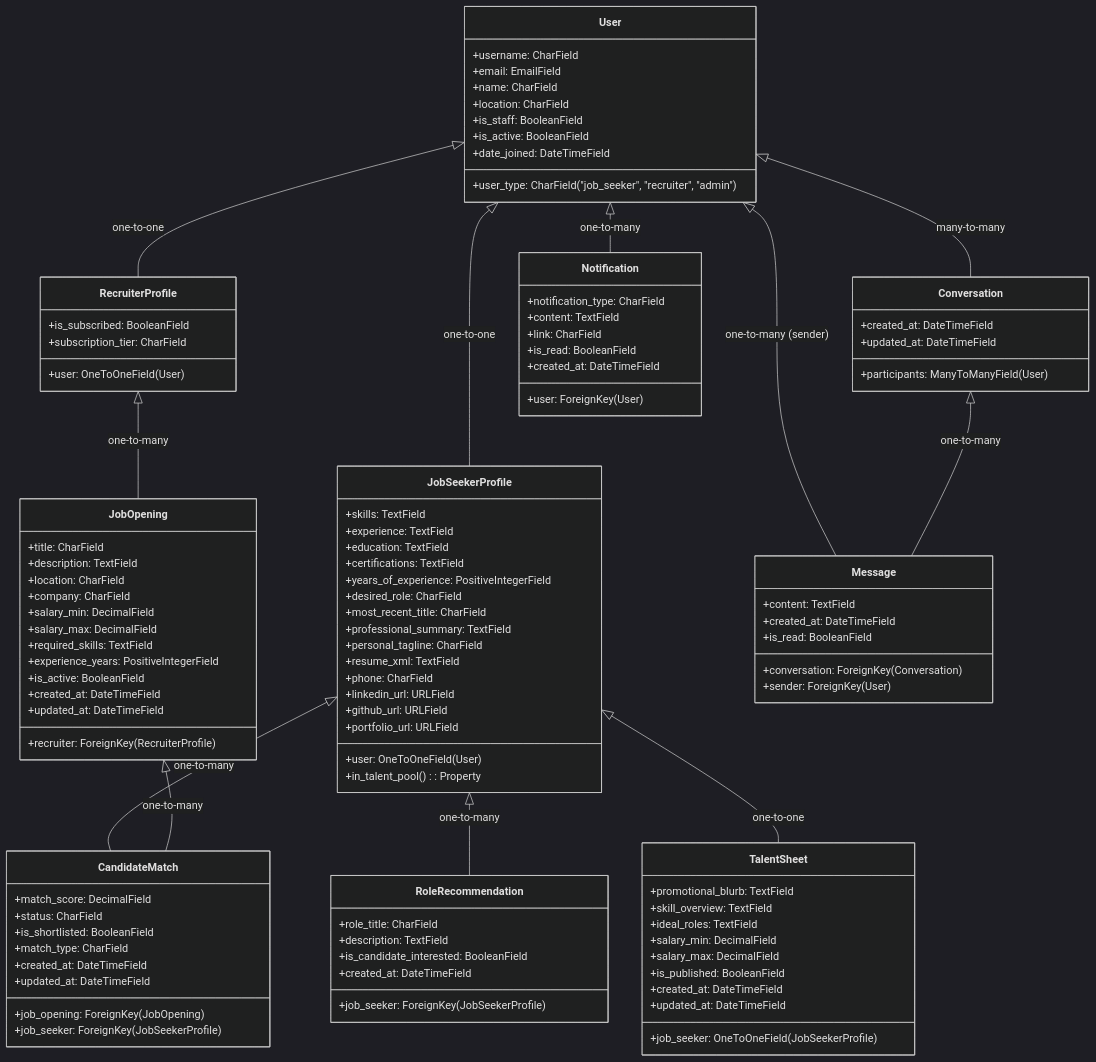
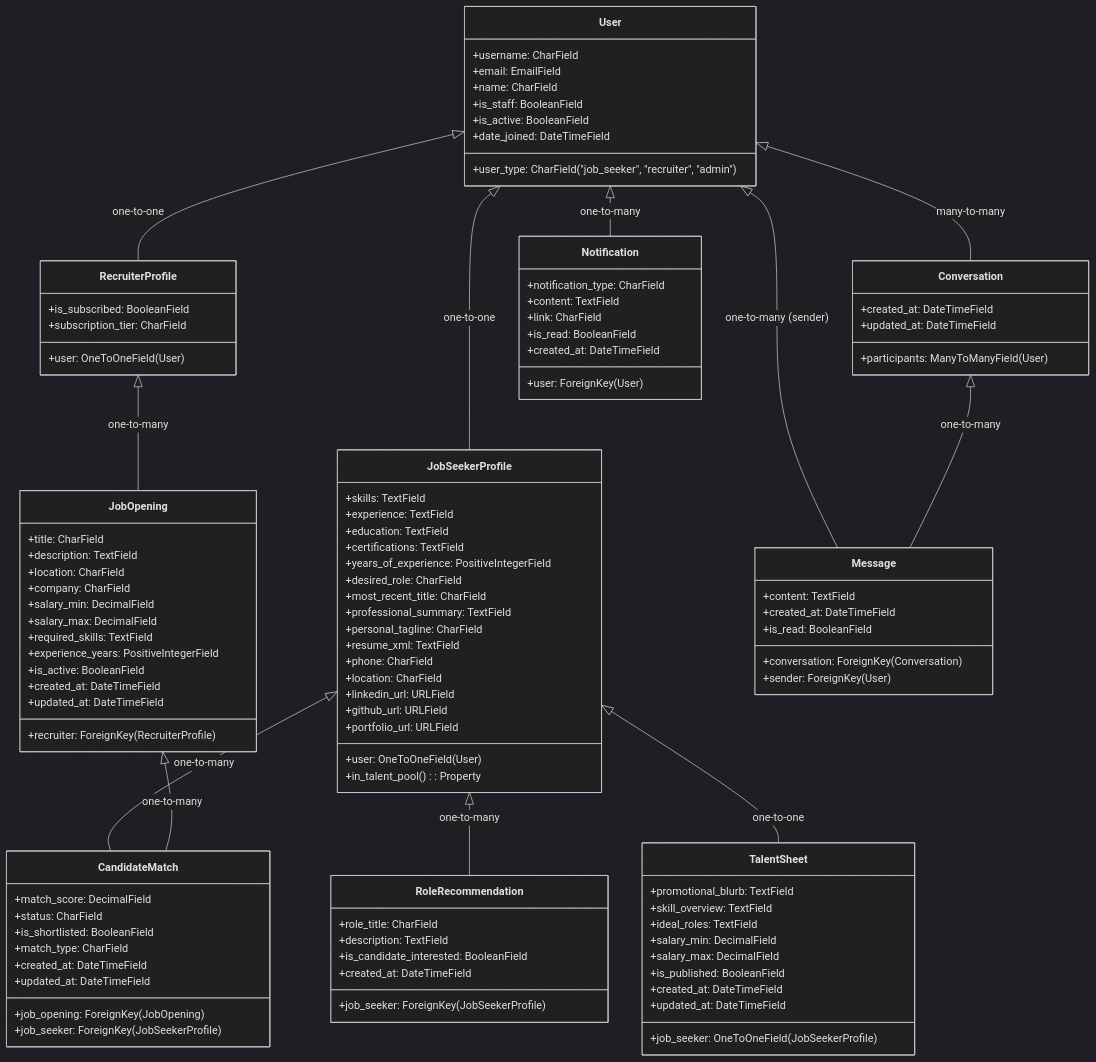
The diagram in docs/MODELS.md (btfranklin/hiredar-saas-archive), drawn with Mermaid (dark theme) before and after one commit. The commit also changed other lines of this file and 11 other files, not shown here.

```diff
--- a/docs/MODELS.md
+++ b/docs/MODELS.md
@@ -23,7 +23,6 @@
         +email: EmailField
         +name: CharField
         +user_type: CharField("job_seeker", "recruiter", "admin")
-        +location: CharField
         +is_staff: BooleanField
         +is_active: BooleanField
         +date_joined: DateTimeField
@@ -42,6 +41,7 @@
         +personal_tagline: CharField
         +resume_xml: TextField
         +phone: CharField
+        +location: CharField
         +linkedin_url: URLField
         +github_url: URLField
         +portfolio_url: URLField
```
